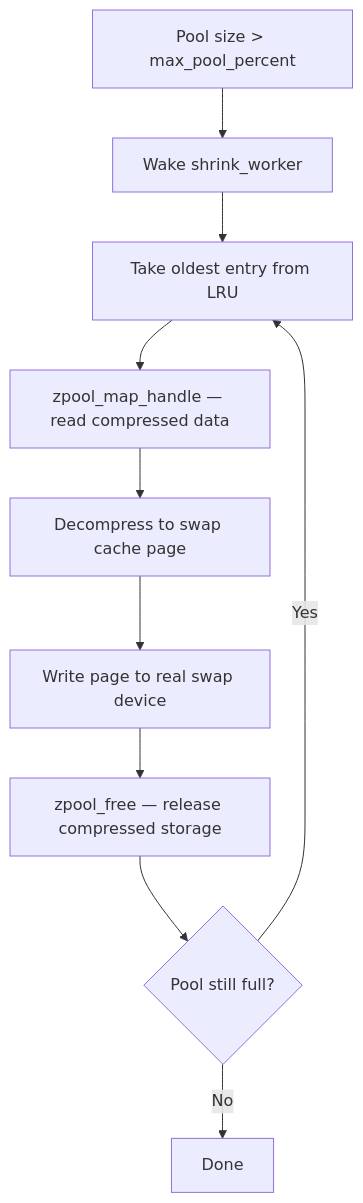
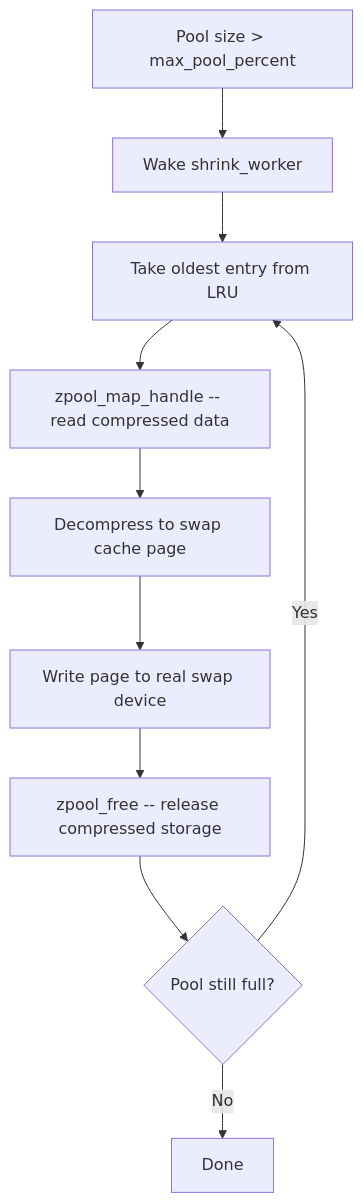
Before and after one commit to Abhinav-Kumar012/lb2: the third of 5 diagrams in src/kernel/memory/zswap.md, drawn with Mermaid. The commit also changed other lines of this file and 211 other files, not shown here.

First line of the commit message:
fix: mermaid syntax issues across 212 files

````diff
--- a/src/kernel/memory/zswap.md
+++ b/src/kernel/memory/zswap.md
@@ -231,12 +231,12 @@
 ```mermaid
 flowchart TD
     A[Pool size > max_pool_percent] --> B[Wake shrink_worker]
     B --> C[Take oldest entry from LRU]
-    C --> D[zpool_map_handle — read compressed data]
+    C --> D[zpool_map_handle -- read compressed data]
     D --> E[Decompress to swap cache page]
     E --> F[Write page to real swap device]
-    F --> G[zpool_free — release compressed storage]
+    F --> G[zpool_free -- release compressed storage]
     G --> H{Pool still full?}
     H -->|Yes| C
     H -->|No| I[Done]
 ```
````
